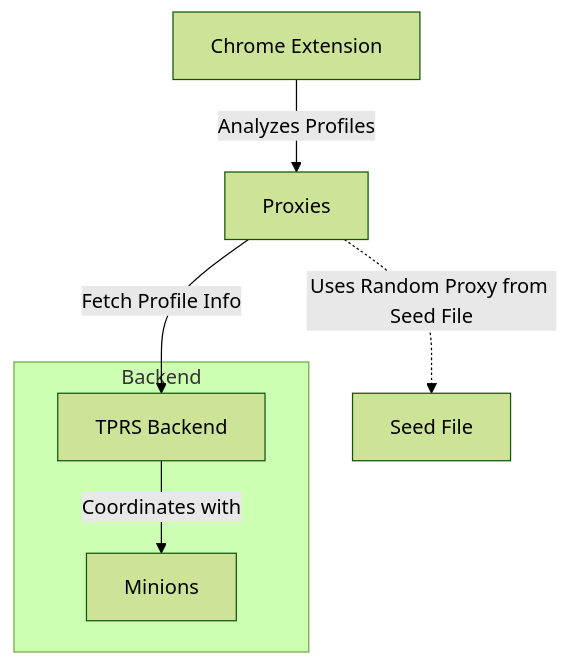
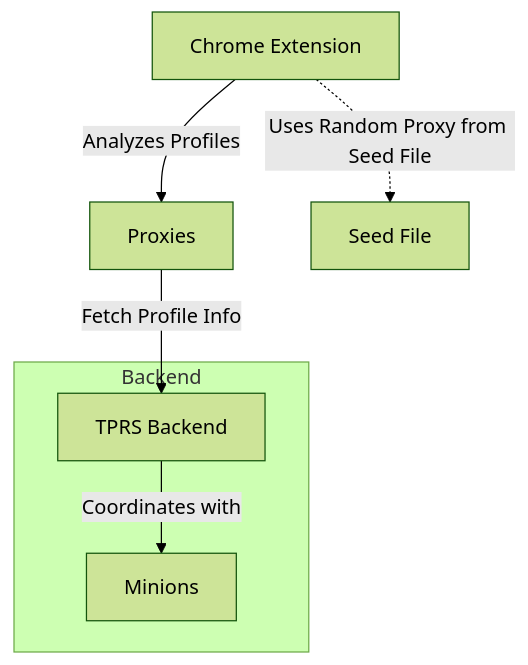
One commit to krishnact/insanetwitter changed the diagram in README.md. Above: the diagram before and after it, drawn with Mermaid (forest theme). The commit also changed other lines of this file, not shown here.

````diff
--- a/README.md
+++ b/README.md
@@ -11,12 +11,12 @@
 ```mermaid
 graph TD
     A[Chrome Extension] -->|Analyzes Profiles| B[Proxies]
     B -->|Fetch Profile Info| C[TPRS Backend]
     C -->|Coordinates with| D[Minions]
-    B -.->|Uses Random Proxy from Seed File| E[Seed File]
+    A -.->|Uses Random Proxy from Seed File| E[Seed File]
 
     subgraph Backend
         C
         D
     end
 ```
````
